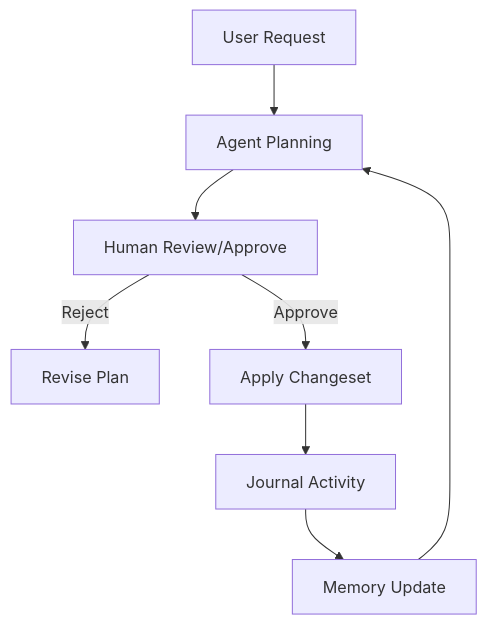
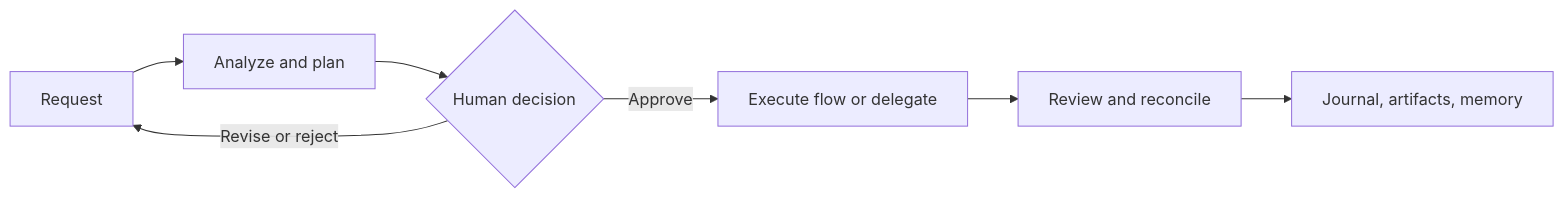
One commit to dostark/exaix changed the diagram in README.md. Above: the diagram before and after it, drawn with Mermaid. The commit also changed other lines of this file and 3 other files, not shown here.

````diff
--- a/README.md
+++ b/README.md
@@ -76,10 +67,9 @@
 ```mermaid
-graph TD
-    A[User Request] --> B[Agent Planning]
-    B --> C[Human Review/Approve]
-    C -->|Reject| D[Revise Plan]
-    C -->|Approve| E[Apply Changeset]
-    E --> F[Journal Activity]
-    F --> G[Memory Update]
-    G --> B
+flowchart LR
+    A[Request] --> B[Analyze and plan]
+    B --> C{Human decision}
+    C -->|Revise or reject| A
+    C -->|Approve| D[Execute flow or delegate]
+    D --> E[Review and reconcile]
+    E --> F[Journal, artifacts, memory]
 ```
````
